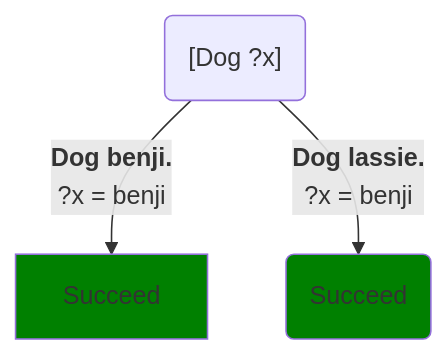
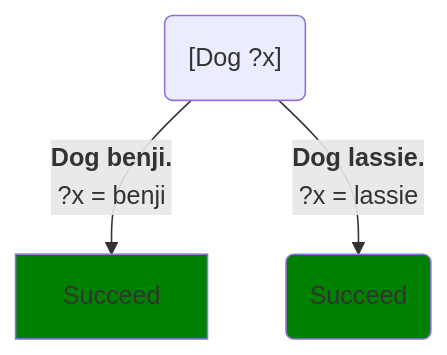
The third of 7 diagrams in Source/20 Part I/10 Clairvoyant programming/20 The Step language/30 Logic programming/0.md (ianhorswill/DPGD), drawn with Mermaid before and after one commit. The commit also changed other lines of this file and 288 other files, not shown here.

````diff
--- a/Source/20 Part I/10 Clairvoyant programming/20 The Step language/30 Logic programming/0.md
+++ b/Source/20 Part I/10 Clairvoyant programming/20 The Step language/30 Logic programming/0.md
@@ -93,7 +93,7 @@
 ```mermaid
 graph TB
   start("[Dog ?x]") -- "<b>Dog benji.</b><br> ?x = benji" --> s1[Succeed]
   style s1 fill:green
-  start -- "<b>Dog lassie.</b><br> ?x = benji" --> s2(Succeed)
+  start -- "<b>Dog lassie.</b><br> ?x = lassie" --> s2(Succeed)
   style s2 fill:green
 ```
````
